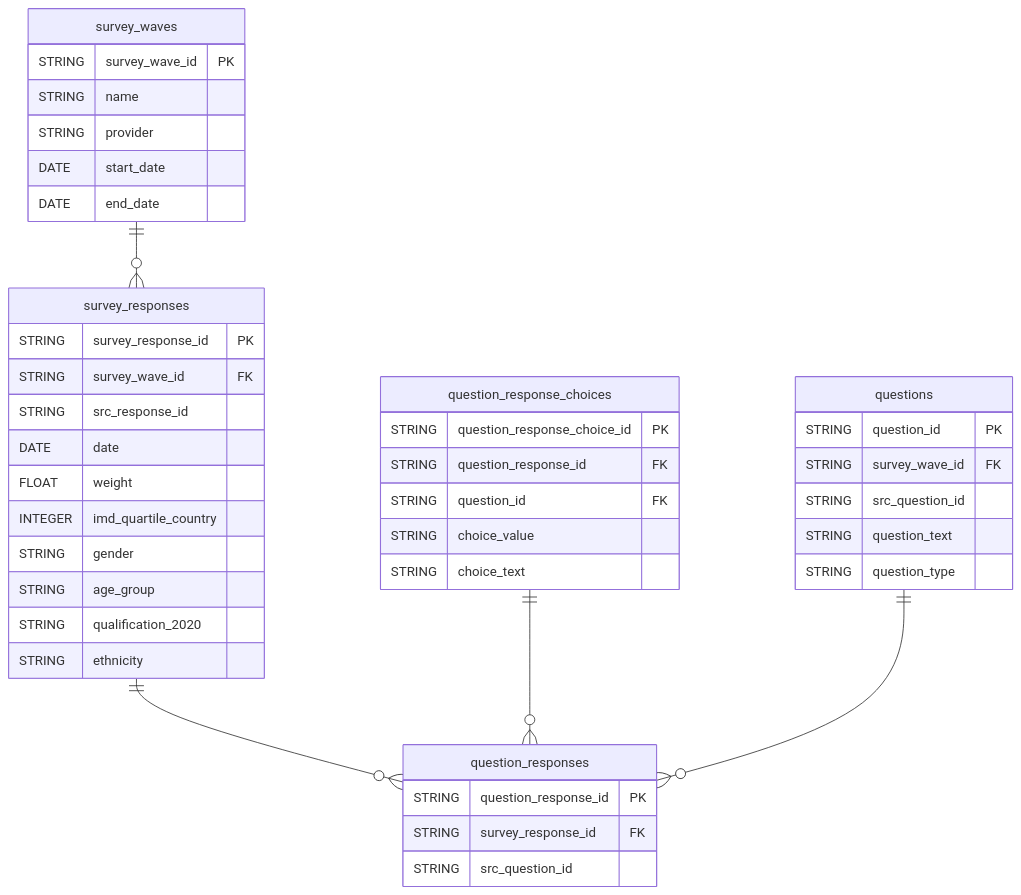
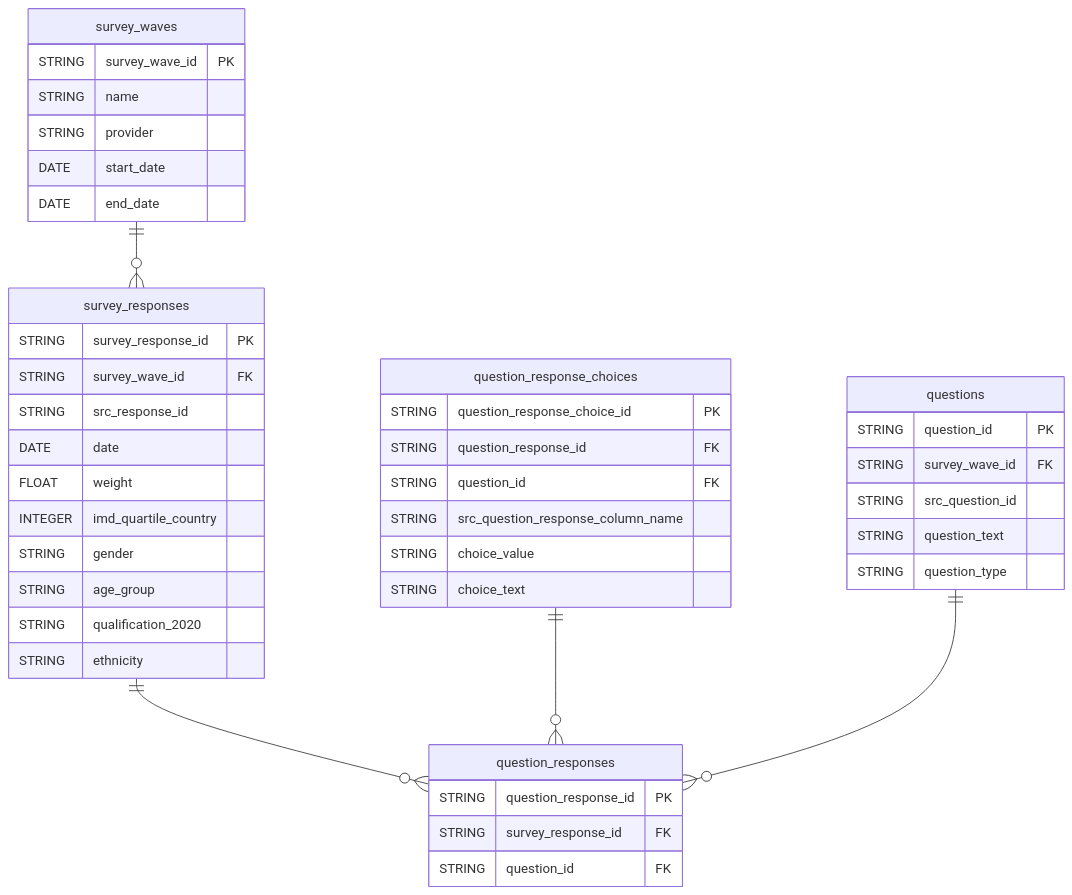
The diagram in README.md (alphagov/govuk-polling-dataform), drawn with Mermaid before and after one commit.

Commit message:
Update data model

````diff
--- a/README.md
+++ b/README.md
@@ -13,50 +13,51 @@
 ```mermaid
 erDiagram
     survey_waves {
         STRING survey_wave_id PK
         STRING name
         STRING provider
         DATE start_date
         DATE end_date
     }
 
     survey_responses {
         STRING survey_response_id PK
         STRING survey_wave_id FK
         STRING src_response_id
         DATE date
         FLOAT weight
         INTEGER imd_quartile_country
         STRING gender
         STRING age_group
         STRING qualification_2020
         STRING ethnicity
     }
 
     question_responses {
         STRING question_response_id PK
         STRING survey_response_id FK
-        STRING src_question_id
+        STRING question_id FK
     }
 
     questions {
         STRING question_id PK
         STRING survey_wave_id FK
         STRING src_question_id
         STRING question_text
         STRING question_type
     }
 
     question_response_choices {
         STRING question_response_choice_id PK
         STRING question_response_id FK
         STRING question_id FK
+        STRING src_question_response_column_name
         STRING choice_value
         STRING choice_text
     }
 
     survey_waves ||--o{ survey_responses : ""
     survey_responses ||--o{ question_responses : ""
     question_response_choices ||--o{ question_responses : ""
     questions ||--o{ question_responses : ""
 ```
````
